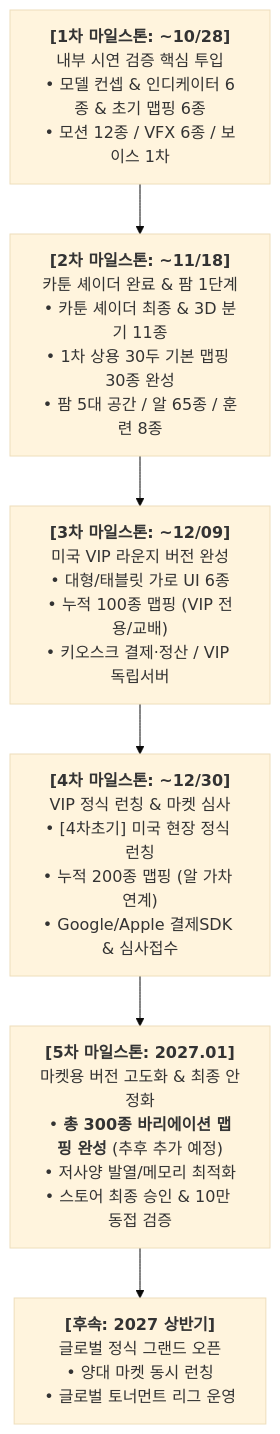
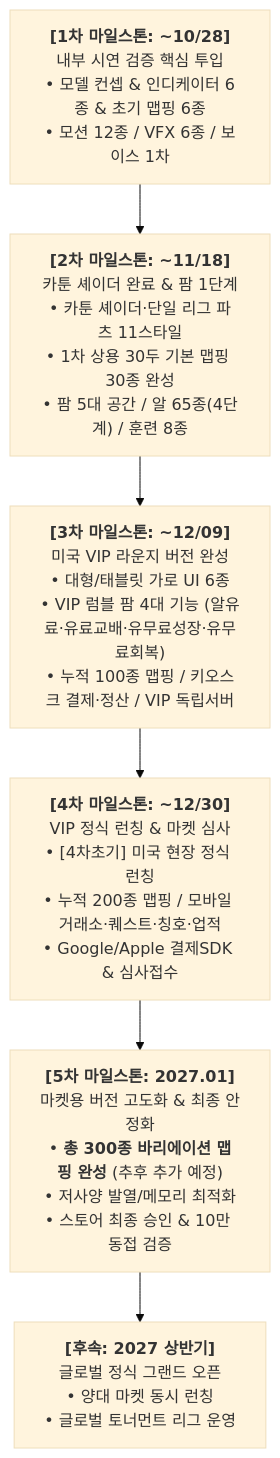
Before and after one commit to fingerfinger/rooster-rumble: the second of 2 diagrams in docs/common/data/ROOSTER_RUMBLE_구성요소_볼륨_산정서.md, drawn with Mermaid (base theme). The commit also changed other lines of this file and 73 other files, not shown here.

Commit message:
feat: VIP 라운지 럼블 팜 4대 기능 반영, 전체 문서 v1.5.0 동기화 및 럼블 팜 프로토타입 웹보드 배포

````diff
--- a/docs/common/data/ROOSTER_RUMBLE_구성요소_볼륨_산정서.md
+++ b/docs/common/data/ROOSTER_RUMBLE_구성요소_볼륨_산정서.md
@@ -167,8 +170,8 @@
 ```mermaid
 flowchart TD
-    M1["<b>[1차 마일스톤: ~10/28]</b><br>내부 시연 검증 핵심 투입<br>• 모델 컨셉 & 인디케이터 6종 & 초기 맵핑 6종<br>• 모션 12종 / VFX 6종 / 보이스 1차"] --> M2["<b>[2차 마일스톤: ~11/18]</b><br>카툰 셰이더 완료 & 팜 1단계<br>• 카툰 셰이더 최종 & 3D 분기 11종<br>• 1차 상용 30두 기본 맵핑 30종 완성<br>• 팜 5대 공간 / 알 65종 / 훈련 8종"]
-    M2 --> M3["<b>[3차 마일스톤: ~12/09]</b><br>미국 VIP 라운지 버전 완성<br>• 대형/태블릿 가로 UI 6종<br>• 누적 100종 맵핑 (VIP 전용/교배)<br>• 키오스크 결제·정산 / VIP 독립서버"]
-    M3 --> M4["<b>[4차 마일스톤: ~12/30]</b><br>VIP 정식 런칭 & 마켓 심사<br>• [4차초기] 미국 현장 정식 런칭<br>• 누적 200종 맵핑 (알 가차 연계)<br>• Google/Apple 결제SDK & 심사접수"]
+    M1["<b>[1차 마일스톤: ~10/28]</b><br>내부 시연 검증 핵심 투입<br>• 모델 컨셉 & 인디케이터 6종 & 초기 맵핑 6종<br>• 모션 12종 / VFX 6종 / 보이스 1차"] --> M2["<b>[2차 마일스톤: ~11/18]</b><br>카툰 셰이더 완료 & 팜 1단계<br>• 카툰 셰이더·단일 리그 파츠 11스타일<br>• 1차 상용 30두 기본 맵핑 30종 완성<br>• 팜 5대 공간 / 알 65종(4단계) / 훈련 8종"]
+    M2 --> M3["<b>[3차 마일스톤: ~12/09]</b><br>미국 VIP 라운지 버전 완성<br>• 대형/태블릿 가로 UI 6종<br>• VIP 럼블 팜 4대 기능 (알유료·유료교배·유무료성장·유무료회복)<br>• 누적 100종 맵핑 / 키오스크 결제·정산 / VIP 독립서버"]
+    M3 --> M4["<b>[4차 마일스톤: ~12/30]</b><br>VIP 정식 런칭 & 마켓 심사<br>• [4차초기] 미국 현장 정식 런칭<br>• 누적 200종 맵핑 / 모바일 거래소·퀘스트·칭호·업적<br>• Google/Apple 결제SDK & 심사접수"]
     M4 --> M5["<b>[5차 마일스톤: 2027.01]</b><br>마켓용 버전 고도화 & 최종 안정화<br>• <b>총 300종 바리에이션 맵핑 완성</b> (추후 추가 예정)<br>• 저사양 발열/메모리 최적화<br>• 스토어 최종 승인 & 10만 동접 검증"]
     M5 --> M6["<b>[후속: 2027 상반기]</b><br>글로벌 정식 그랜드 오픈<br>• 양대 마켓 동시 런칭<br>• 글로벌 토너먼트 리그 운영"]
 ```
````
